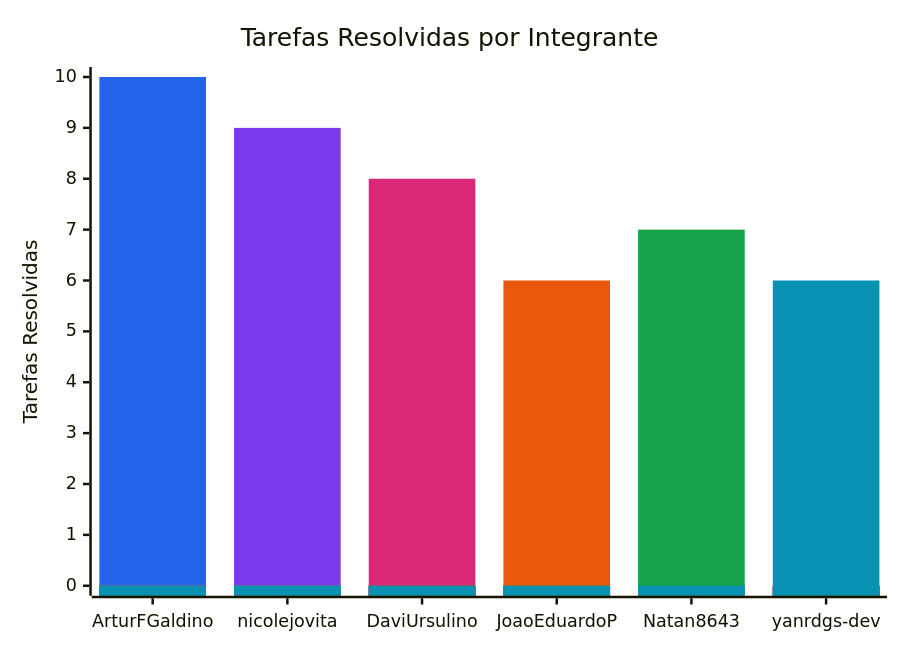
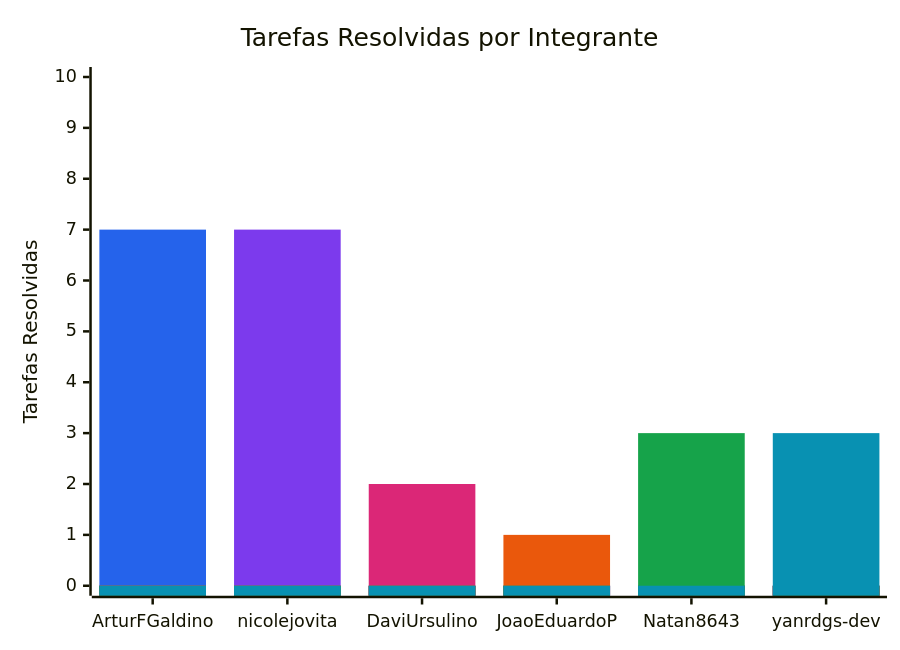
Before and after one commit to FCTE-Qualidade-de-Software-1/2026-2_T02_KAY_MCNULTY: the diagram in snippets/resolved-issues.mmd, drawn with Mermaid. The commit also changed 10 other files, not shown here.

```diff
--- a/snippets/resolved-issues.mmd
+++ b/snippets/resolved-issues.mmd
@@ -1,11 +1,11 @@
 %%{init: {"themeVariables": {"xyChart": {"plotColorPalette": "#2563eb, #7c3aed, #db2777, #ea580c, #16a34a, #0891b2"}}}}%%
 xychart-beta
     title "Tarefas Resolvidas por Integrante"
     x-axis ["ArturFGaldino", "nicolejovita", "DaviUrsulino", "JoaoEduardoP", "Natan8643", "yanrdgs-dev"]
     y-axis "Tarefas Resolvidas" 0 --> 10
-    bar [10, 0, 0, 0, 0, 0]
-    bar [0, 9, 0, 0, 0, 0]
-    bar [0, 0, 8, 0, 0, 0]
-    bar [0, 0, 0, 6, 0, 0]
-    bar [0, 0, 0, 0, 7, 0]
-    bar [0, 0, 0, 0, 0, 6]
+    bar [7, 0, 0, 0, 0, 0]
+    bar [0, 7, 0, 0, 0, 0]
+    bar [0, 0, 2, 0, 0, 0]
+    bar [0, 0, 0, 1, 0, 0]
+    bar [0, 0, 0, 0, 3, 0]
+    bar [0, 0, 0, 0, 0, 3]
```
